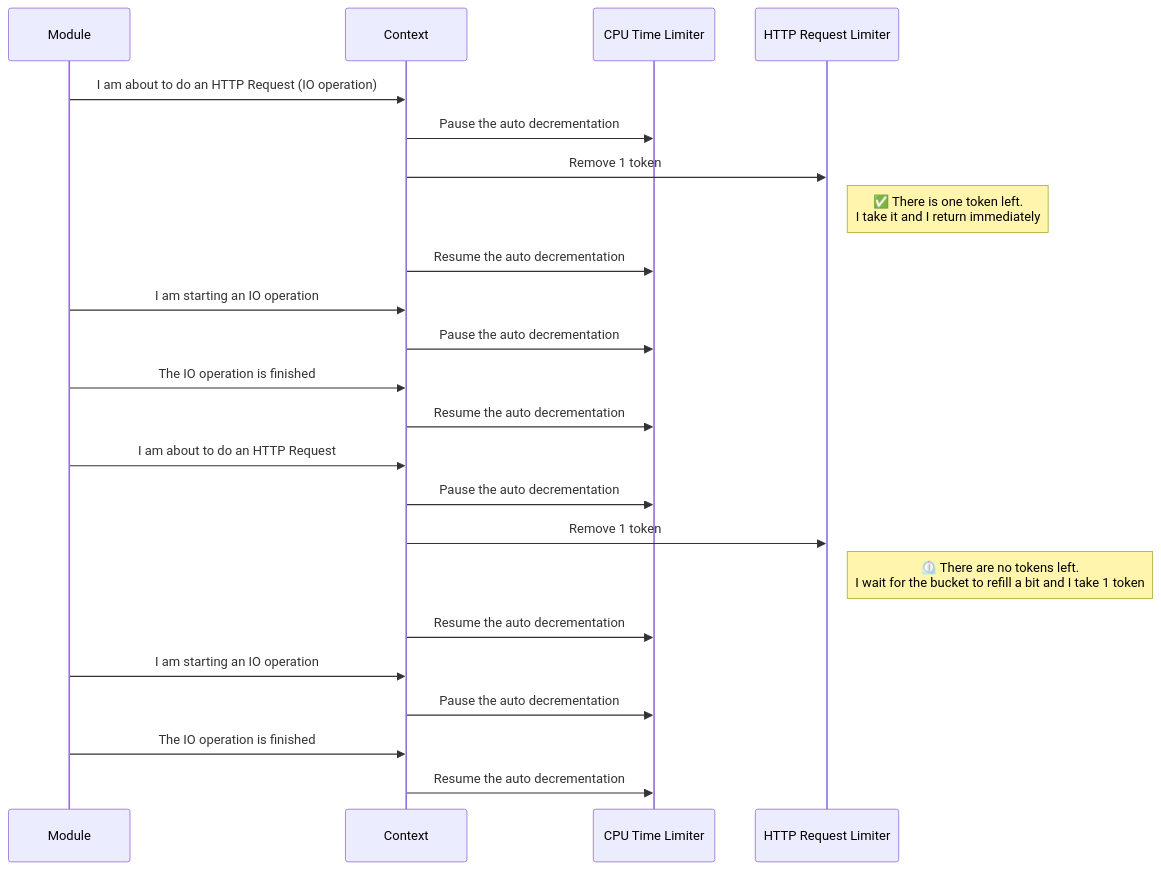
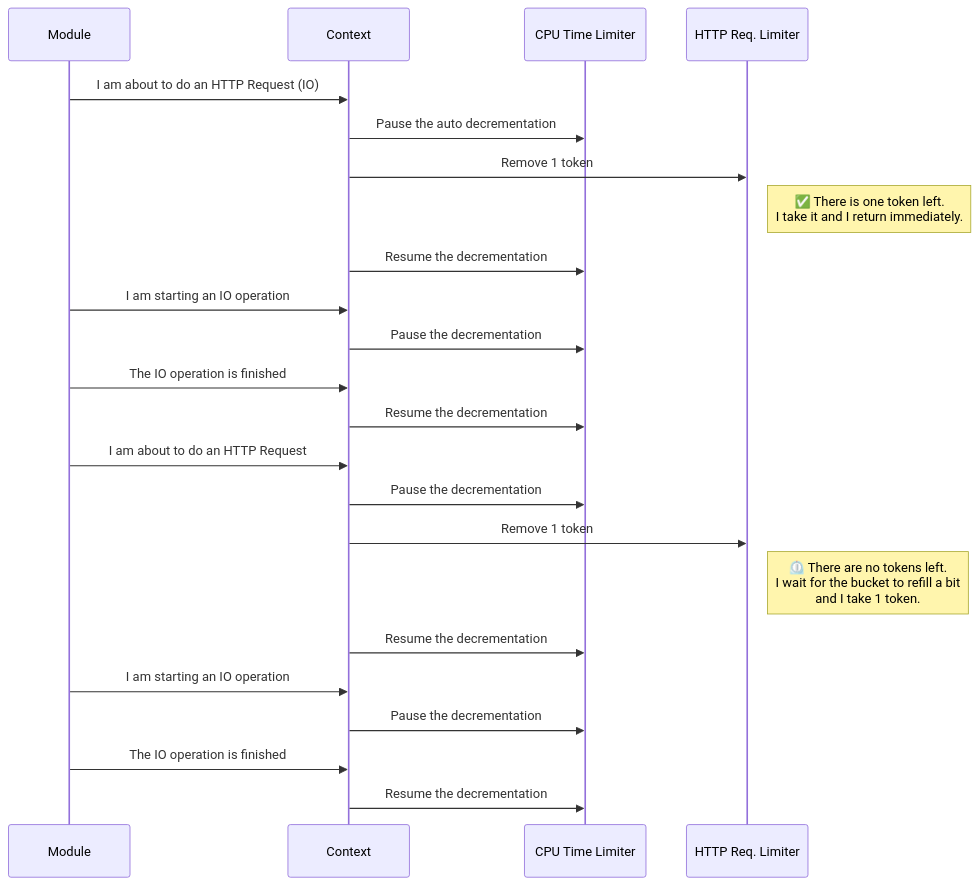
The fourth of 6 diagrams in README.md (inoxlang/inox), drawn with Mermaid before and after one commit. The commit also changed other lines of this file, not shown here.

````diff
--- a/README.md
+++ b/README.md
@@ -658,26 +658,26 @@
 ```mermaid
 sequenceDiagram
-    Module->>Context: I am about to do an HTTP Request (IO operation)
+    Module->>Context: I am about to do an HTTP Request (IO)
     Context->>CPU Time Limiter: Pause the auto decrementation
-    Context->>HTTP Request Limiter: Remove 1 token
-    Note right of HTTP Request Limiter: ✅ There is one token left.<br/>I take it and I return immediately
-    Context->>CPU Time Limiter: Resume the auto decrementation
+    Context->>HTTP Req. Limiter: Remove 1 token
+    Note right of HTTP Req. Limiter: ✅ There is one token left.<br/>I take it and I return immediately.
+    Context->>CPU Time Limiter: Resume the decrementation
 
     Module->>Context: I am starting an IO operation
-    Context->>CPU Time Limiter: Pause the auto decrementation
+    Context->>CPU Time Limiter: Pause the decrementation
 
     Module->>Context: The IO operation is finished
-    Context->>CPU Time Limiter: Resume the auto decrementation
+    Context->>CPU Time Limiter: Resume the decrementation
 
     Module->>Context: I am about to do an HTTP Request
-    Context->>CPU Time Limiter: Pause the auto decrementation
-    Context->>HTTP Request Limiter: Remove 1 token
-    Note right of HTTP Request Limiter: ⏲️ There are no tokens left.<br/>I wait for the bucket to refill a bit and I take 1 token
-    Context->>CPU Time Limiter: Resume the auto decrementation
+    Context->>CPU Time Limiter: Pause the decrementation
+    Context->>HTTP Req. Limiter: Remove 1 token
+    Note right of HTTP Req. Limiter: ⏲️ There are no tokens left.<br/>I wait for the bucket to refill a bit<br/>and I take 1 token.
+    Context->>CPU Time Limiter: Resume the decrementation
 
     Module->>Context: I am starting an IO operation
-    Context->>CPU Time Limiter: Pause the auto decrementation
+    Context->>CPU Time Limiter: Pause the decrementation
 
     Module->>Context: The IO operation is finished
-    Context->>CPU Time Limiter: Resume the auto decrementation
+    Context->>CPU Time Limiter: Resume the decrementation
 ```
````
